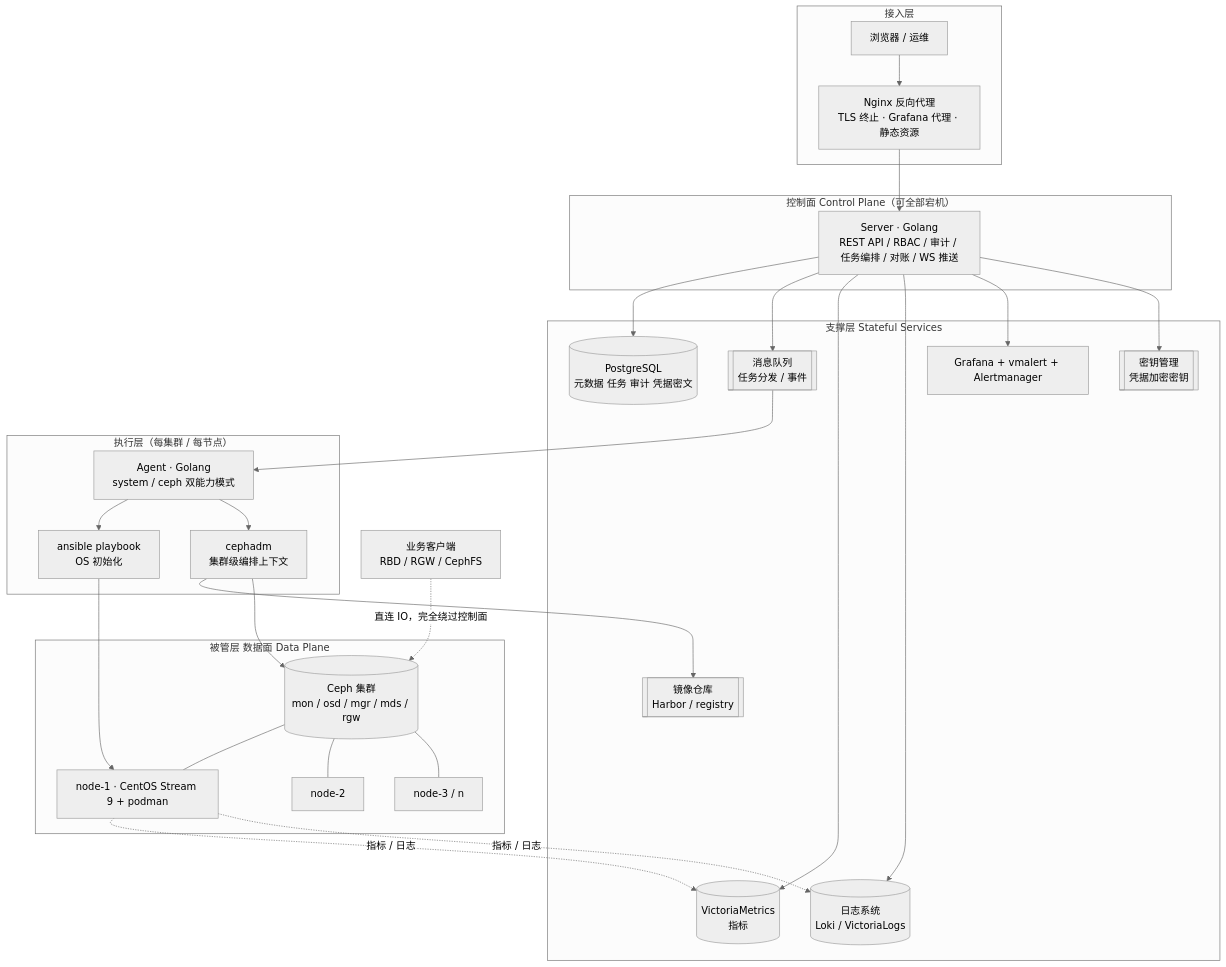
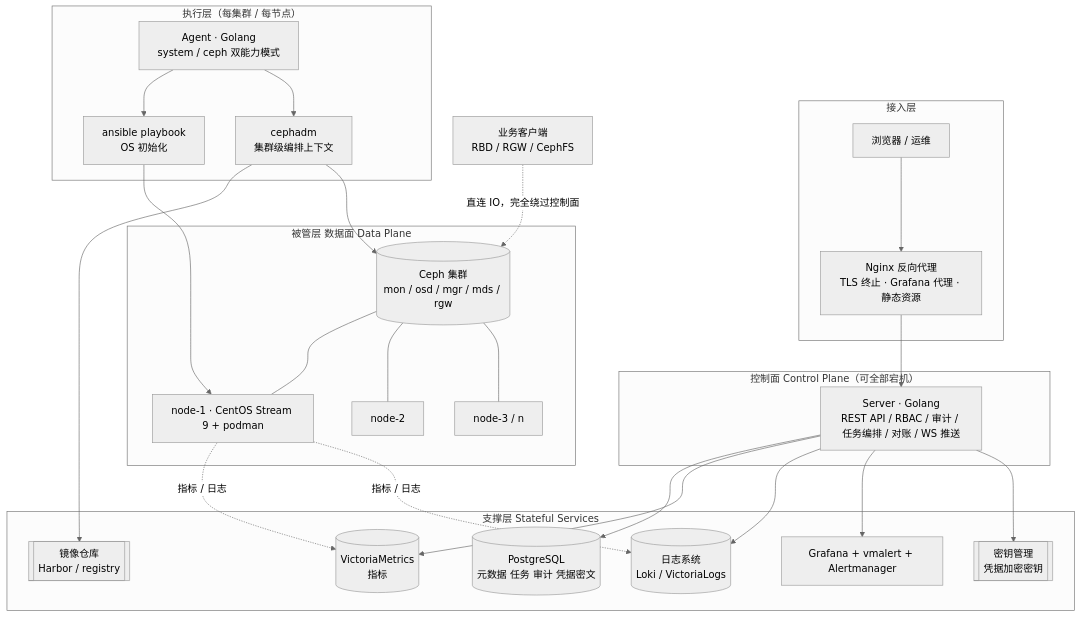
The first of 10 diagrams in docs/02-研发线/04-架构师/架构设计-Ceph管理平台.md (lnsyyj/winter), drawn with Mermaid (neutral theme) before and after one commit. The commit also changed other lines of this file and 17 other files, not shown here.

````diff
--- a/docs/02-研发线/04-架构师/架构设计-Ceph管理平台.md
+++ b/docs/02-研发线/04-架构师/架构设计-Ceph管理平台.md
@@ -45,50 +45,47 @@
 ```mermaid
 graph TB
   subgraph L0["接入层"]
     U[浏览器 / 运维]
     NG[Nginx 反向代理<br/>TLS 终止 · Grafana 代理 · 静态资源]
   end
   subgraph L1["控制面 Control Plane（可全部宕机）"]
     S[Server · Golang<br/>REST API / RBAC / 审计 / 任务编排 / 对账 / WS 推送]
   end
   subgraph L2["支撑层 Stateful Services"]
     PG[(PostgreSQL<br/>元数据 任务 审计 凭据密文)]
-    MQ[[消息队列<br/>任务分发 / 事件]]
     VM[(VictoriaMetrics<br/>指标)]
     LOG[(日志系统<br/>Loki / VictoriaLogs)]
     REG[[镜像仓库<br/>Harbor / registry]]
     KMS[[密钥管理<br/>凭据加密密钥]]
     GF[Grafana + vmalert + Alertmanager]
   end
   subgraph L3["执行层（每集群 / 每节点）"]
     AG[Agent · Golang<br/>system / ceph 双能力模式]
     ANS[ansible playbook<br/>OS 初始化]
     CADM[cephadm<br/>集群级编排上下文]
   end
   subgraph L4["被管层 数据面 Data Plane"]
     N1[node-1 · CentOS Stream 9 + podman]
     N2[node-2]
     N3[node-3 / n]
     CEPH[(Ceph 集群<br/>mon / osd / mgr / mds / rgw)]
   end
   CLIENT[业务客户端<br/>RBD / RGW / CephFS]
   U --> NG --> S
   S --> PG
-  S --> MQ
   S --> VM
   S --> LOG
   S --> GF
   S --> KMS
-  MQ --> AG
   AG --> ANS
   AG --> CADM
   CADM --> REG
   CADM --> CEPH
   ANS --> N1
   CEPH --- N1
   CEPH --- N2
   CEPH --- N3
   CLIENT -. 直连 IO，完全绕过控制面 .-> CEPH
   N1 -. 指标 / 日志 .-> VM
   N1 -. 指标 / 日志 .-> LOG
 ```
````
